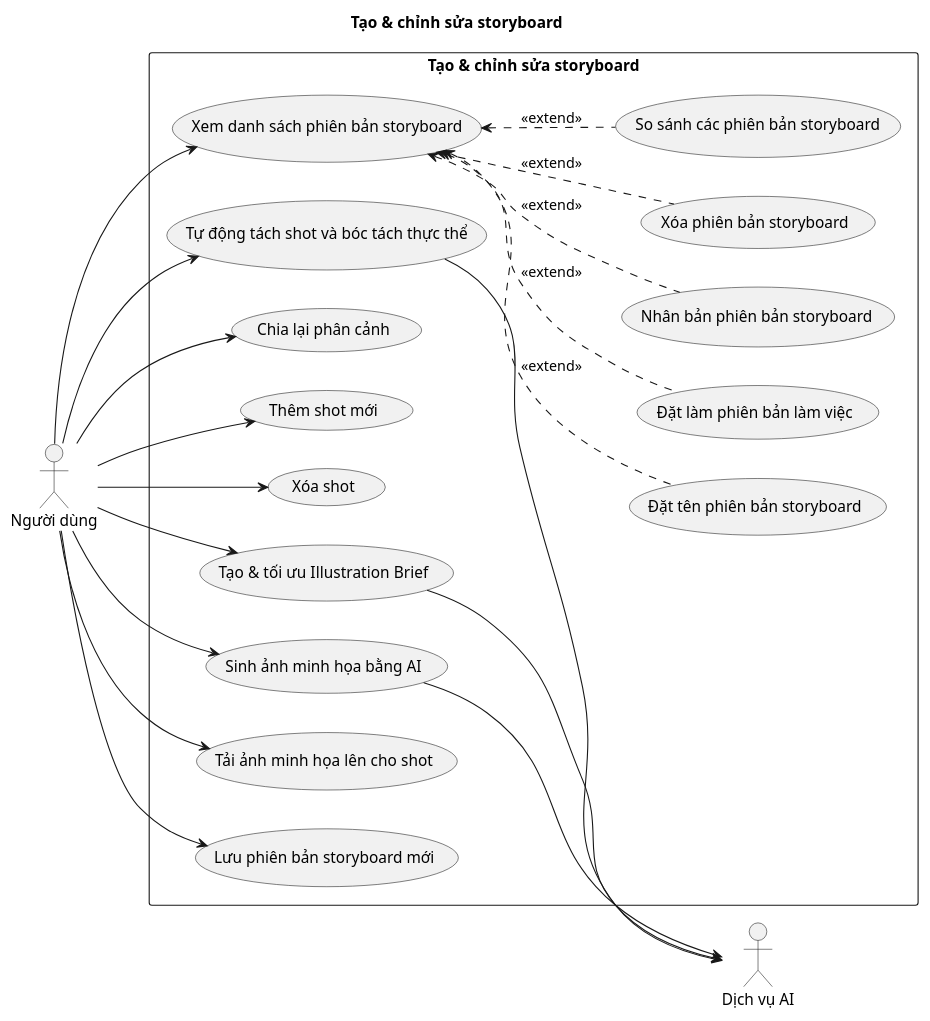
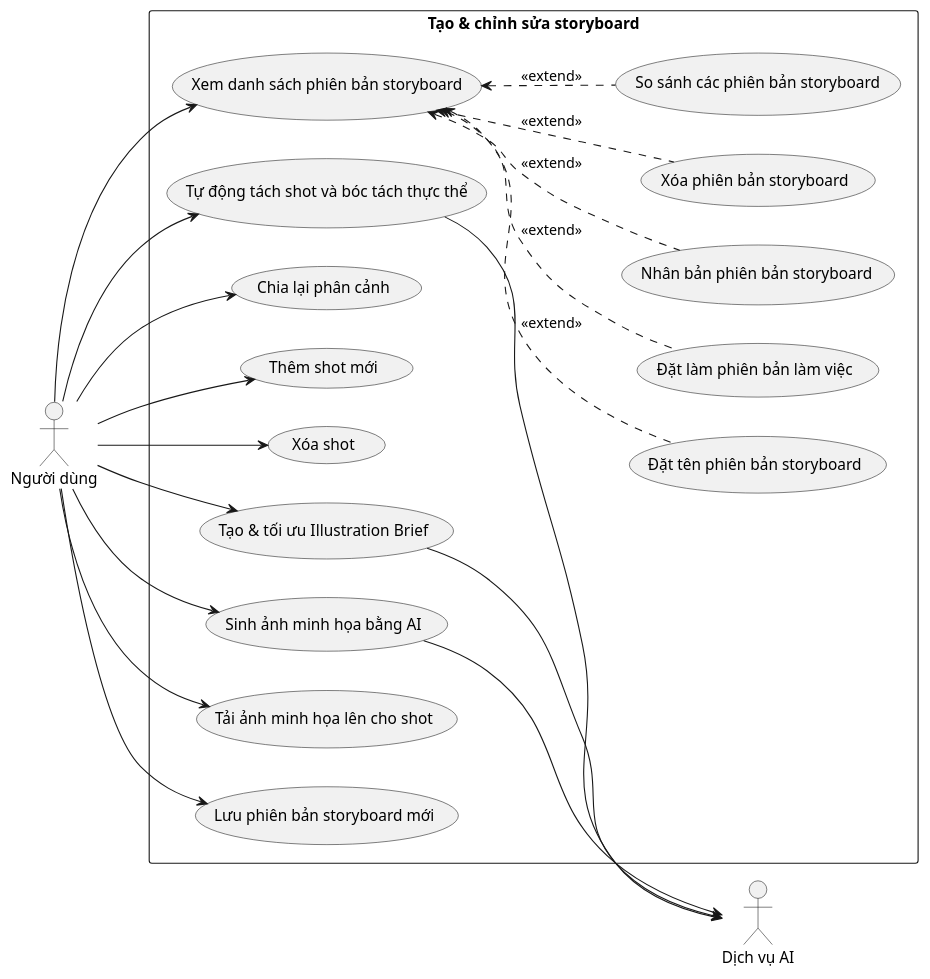
One commit to 202416852-anhpv/story2video-docs changed the diagram in docs/use-case-diagrams/tao-va-chinh-sua-storyboard.puml. Above: the diagram before and after it, drawn with PlantUML. The commit also changed 10 other files, not shown here.

```diff
--- a/docs/use-case-diagrams/tao-va-chinh-sua-storyboard.puml
+++ b/docs/use-case-diagrams/tao-va-chinh-sua-storyboard.puml
@@ -1,45 +1,44 @@
 @startuml tao-va-chinh-sua-storyboard
-title Tạo & chỉnh sửa storyboard
 left to right direction
 
 actor "Người dùng" as User
 actor "Dịch vụ AI" as AI_Service
 
 rectangle "Tạo & chỉnh sửa storyboard" {
     usecase "Tự động tách shot và bóc tách thực thể" as UC_01
     usecase "Chia lại phân cảnh" as UC_02
     usecase "Thêm shot mới" as UC_03
     usecase "Xóa shot" as UC_04
     usecase "Tạo & tối ưu Illustration Brief" as UC_05
     usecase "Sinh ảnh minh họa bằng AI" as UC_06
     usecase "Tải ảnh minh họa lên cho shot" as UC_07
     usecase "Lưu phiên bản storyboard mới" as UC_08
     usecase "Xem danh sách phiên bản storyboard" as UC_09
     usecase "Đặt tên phiên bản storyboard" as UC_10
     usecase "Đặt làm phiên bản làm việc" as UC_11
     usecase "Nhân bản phiên bản storyboard" as UC_12
     usecase "Xóa phiên bản storyboard" as UC_13
     usecase "So sánh các phiên bản storyboard" as UC_14
 }
 
 User --> UC_01
 User --> UC_02
 User --> UC_03
 User --> UC_04
 User --> UC_05
 User --> UC_06
 User --> UC_07
 User --> UC_08
 User --> UC_09
 
 UC_01 --> AI_Service
 UC_05 --> AI_Service
 UC_06 --> AI_Service
 
 UC_09 <.. UC_10 : <<extend>>
 UC_09 <.. UC_11 : <<extend>>
 UC_09 <.. UC_12 : <<extend>>
 UC_09 <.. UC_13 : <<extend>>
 UC_09 <.. UC_14 : <<extend>>
 
 @enduml
```
